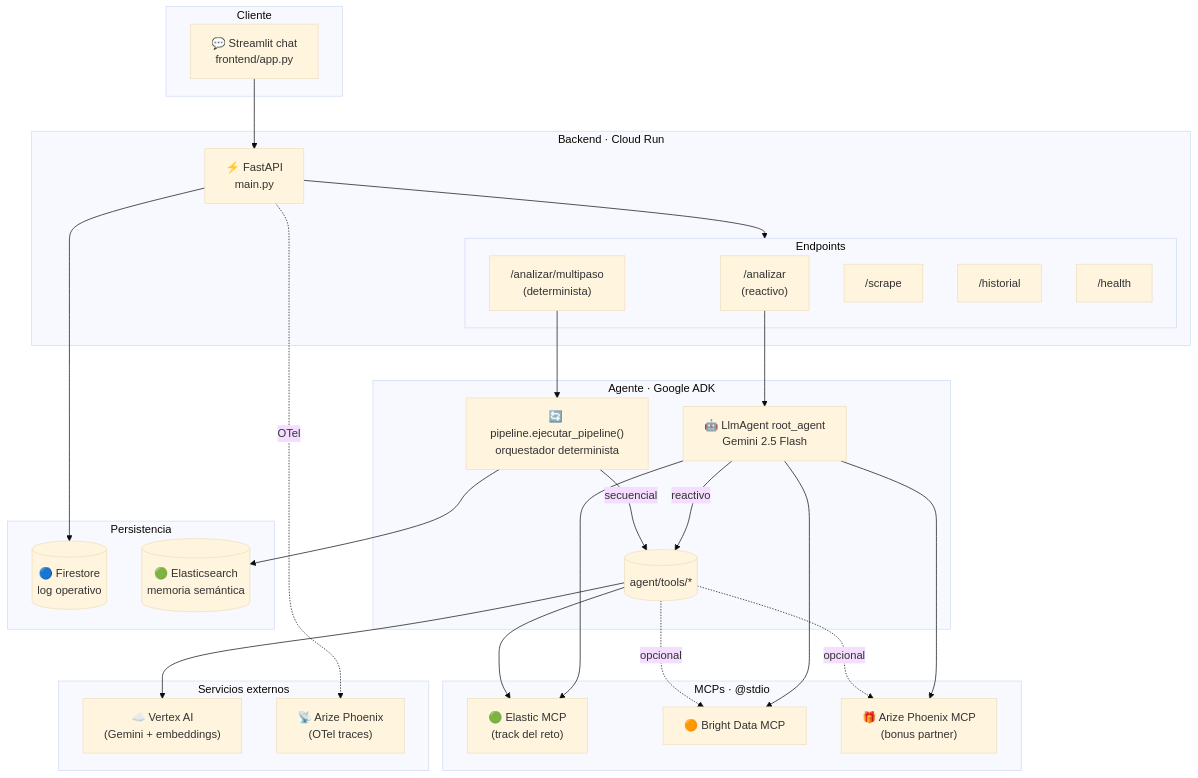
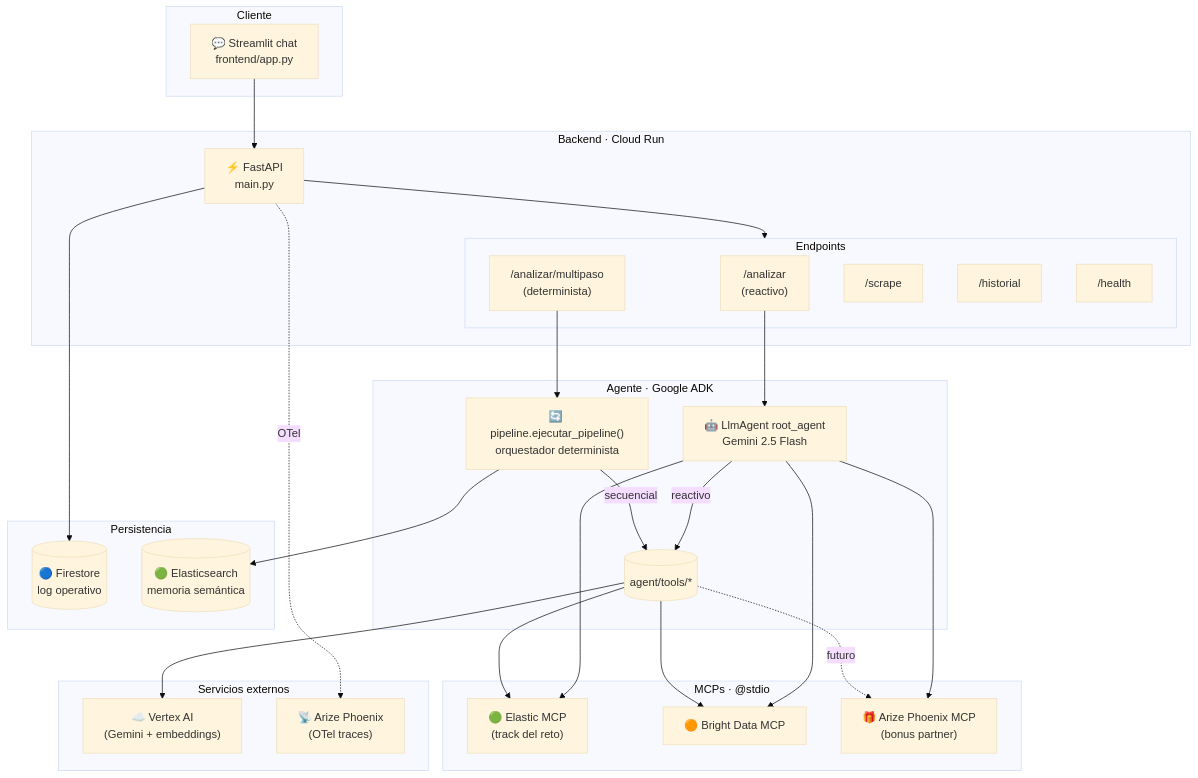
Before and after one commit to mariana-ruge/Hackaton-Fake-News: the first of 6 diagrams in docs/architecture.md, drawn with Mermaid (base theme). The commit also changed other lines of this file and 5 other files, not shown here.

````diff
--- a/docs/architecture.md
+++ b/docs/architecture.md
@@ -10,52 +10,52 @@
 ```mermaid
 flowchart TB
     subgraph Cliente["Cliente"]
         UI["💬 Streamlit chat<br/>frontend/app.py"]
     end
 
     subgraph Backend["Backend · Cloud Run"]
         API["⚡ FastAPI<br/>main.py"]
         subgraph Endpoints["Endpoints"]
             E1["/analizar<br/>(reactivo)"]
             E2["/analizar/multipaso<br/>(determinista)"]
             E3["/scrape"]
             E4["/historial"]
             E5["/health"]
         end
     end
 
     subgraph Agente["Agente · Google ADK"]
         ROOT["🤖 LlmAgent root_agent<br/>Gemini 2.5 Flash"]
         PIPE["🔄 pipeline.ejecutar_pipeline()<br/>orquestador determinista"]
         ROOT -->|reactivo| TOOLS[("agent/tools/*")]
         PIPE -->|secuencial| TOOLS
     end
 
     subgraph MCPs["MCPs · @stdio"]
         MCP1["🟢 Elastic MCP<br/>(track del reto)"]
         MCP2["🟠 Bright Data MCP"]
         MCP3["🎁 Arize Phoenix MCP<br/>(bonus partner)"]
     end
 
     subgraph Datos["Persistencia"]
         FS[("🔵 Firestore<br/>log operativo")]
         ES[("🟢 Elasticsearch<br/>memoria semántica")]
     end
 
     subgraph Servicios["Servicios externos"]
         VX["☁️ Vertex AI<br/>(Gemini + embeddings)"]
         PHX["📡 Arize Phoenix<br/>(OTel traces)"]
     end
 
     UI --> API
     API --> Endpoints
     E1 --> ROOT
     E2 --> PIPE
     ROOT --> MCP1 & MCP2 & MCP3
-    TOOLS --> MCP1
-    TOOLS -.->|opcional| MCP2 & MCP3
+    TOOLS --> MCP1 & MCP2
+    TOOLS -.->|futuro| MCP3
     PIPE --> ES
     API --> FS
     TOOLS --> VX
     API -.->|OTel| PHX
 ```
````
